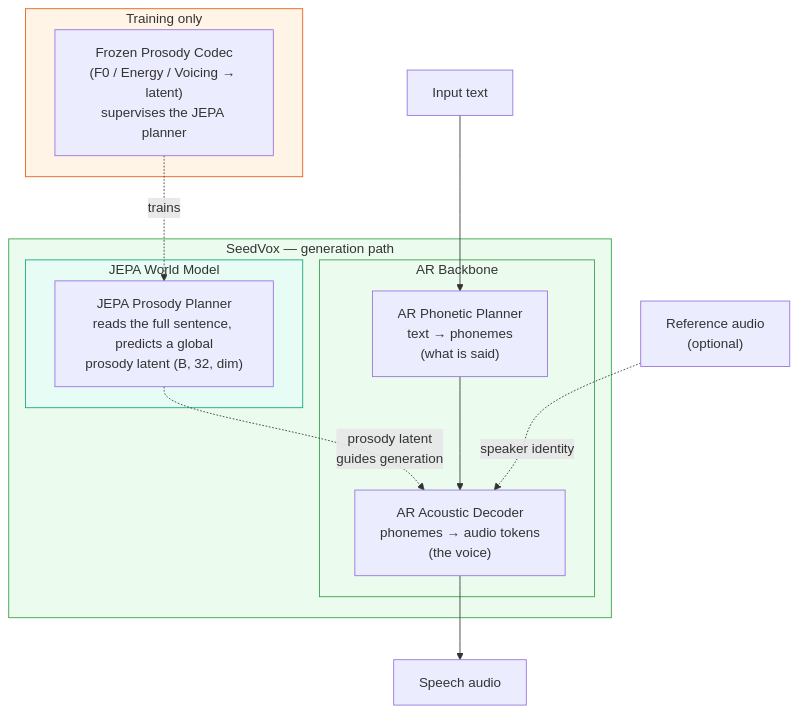
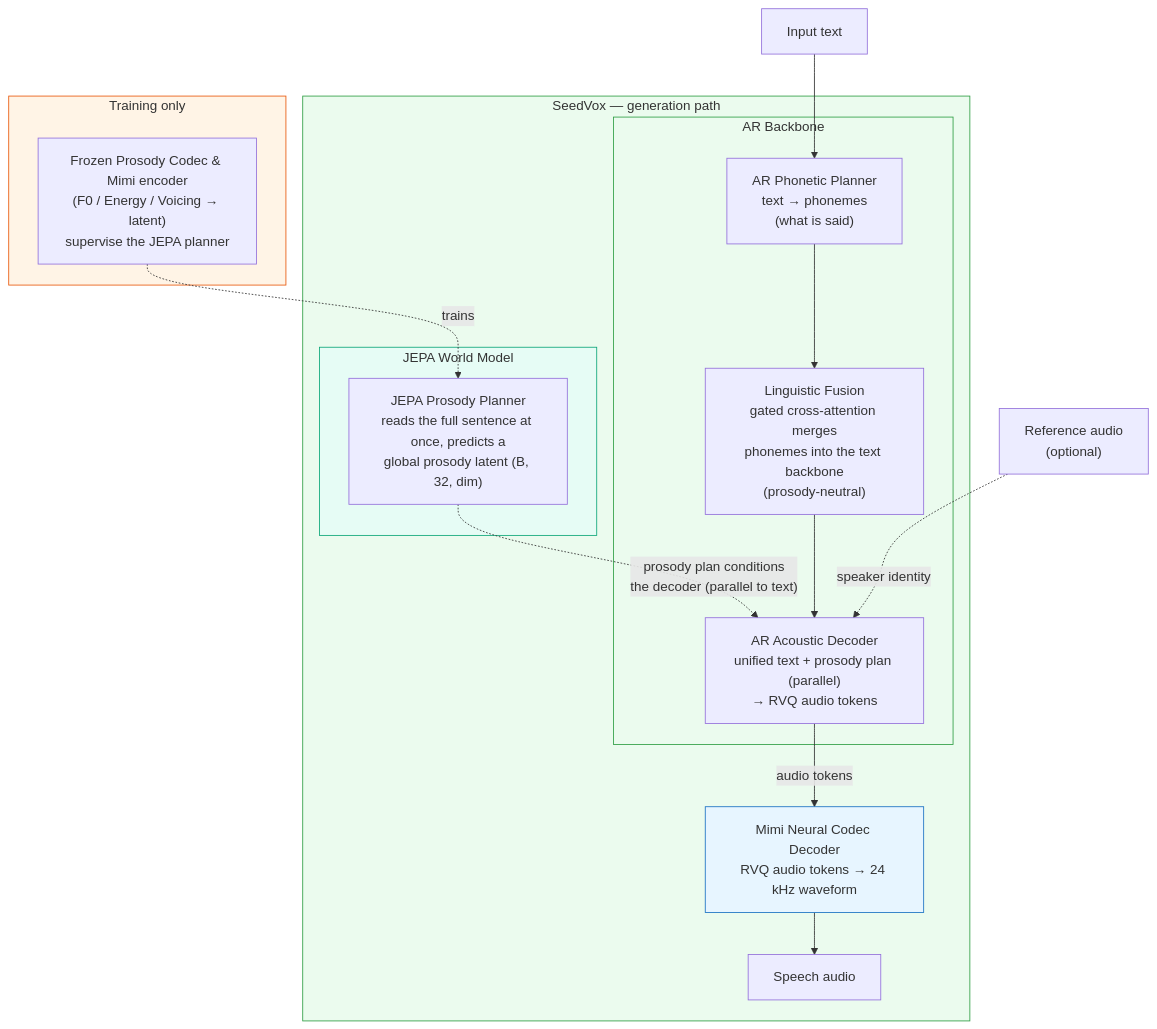
The first of 3 diagrams in README.md (v7aresky/seedvox), drawn with Mermaid before and after one commit. The commit also changed other lines of this file and 83 other files, not shown here.

````diff
--- a/README.md
+++ b/README.md
@@ -93,32 +93,38 @@
 ```mermaid
 graph TD
     TXT["Input text"]
 
     subgraph CORE["SeedVox — generation path"]
         subgraph JEPA["JEPA World Model"]
-            J["JEPA Prosody Planner<br/>reads the full sentence, predicts a global<br/>prosody latent (B, 32, dim)"]
+            J["JEPA Prosody Planner<br/>reads the full sentence at once, predicts a<br/>global prosody latent (B, 32, dim)"]
         end
 
         subgraph AR["AR Backbone"]
             A["AR Phonetic Planner<br/>text → phonemes<br/>(what is said)"]
-            B["AR Acoustic Decoder<br/>phonemes → audio tokens<br/>(the voice)"]
-            A --> B
+            L["Linguistic Fusion<br/>gated cross-attention merges<br/>phonemes into the text backbone<br/>(prosody-neutral)"]
+            B["AR Acoustic Decoder<br/>unified text + prosody plan (parallel)<br/>→ RVQ audio tokens"]
+            A --> L --> B
         end
 
-        J -.->|"prosody latent<br/>guides generation"| B
+        M["Mimi Neural Codec Decoder<br/>RVQ audio tokens → 24 kHz waveform"]
+
+        J -.->|"prosody plan conditions<br/>the decoder (parallel to text)"| B
+
+        B -->|"audio tokens"| M
+        M --> OUT["Speech audio"]
     end
 
     subgraph TRAIN["Training only"]
-        T["Frozen Prosody Codec<br/>(F0 / Energy / Voicing → latent)<br/>supervises the JEPA planner"]
+        T["Frozen Prosody Codec &amp; Mimi encoder<br/>(F0 / Energy / Voicing → latent)<br/>supervise the JEPA planner"]
     end
 
     TXT --> A
     VOI["Reference audio<br/>(optional)"] -.->|"speaker identity"| B
     T -.->|"trains"| J
-    B --> OUT["Speech audio"]
 
     style CORE fill:#ebfbee,stroke:#2f9e44
     style JEPA fill:#e6fcf5,stroke:#0ca678
     style AR fill:#ebfbee,stroke:#2f9e44
+    style M fill:#e7f5ff,stroke:#1971c2
     style TRAIN fill:#fff4e6,stroke:#e8590c
 ```
````
